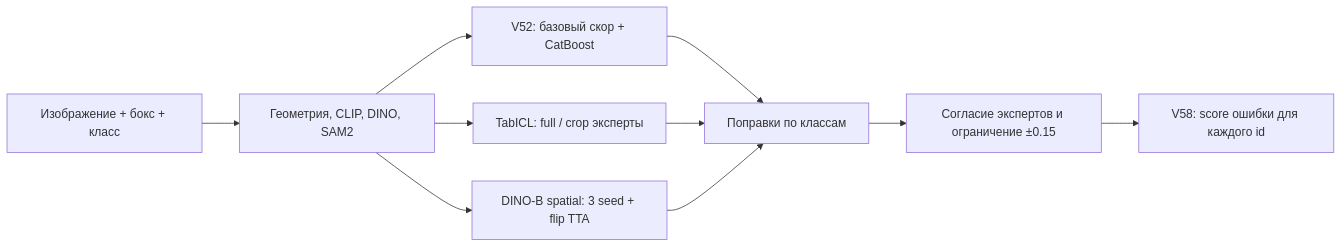
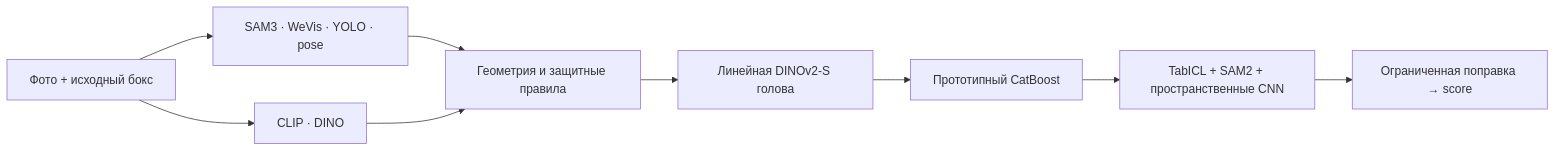
Before and after one commit to magaoutside/johny-makbobins-family: the diagram in README.md, drawn with Mermaid. The commit also changed other lines of this file and 775 other files, not shown here.

````diff
--- a/README.md
+++ b/README.md
@@ -34,12 +70,11 @@
 ```mermaid
 flowchart LR
-    Q["Изображение + бокс + класс"] --> F["Геометрия, CLIP, DINO, SAM2"]
-    F --> B["V52: базовый скор + CatBoost"]
-    F --> T["TabICL: full / crop эксперты"]
-    F --> D["DINO-B spatial: 3 seed + flip TTA"]
-    B --> C["Поправки по классам"]
-    T --> C
-    D --> C
-    C --> G["Согласие экспертов и ограничение ±0.15"]
-    G --> S["V58: score ошибки для каждого id"]
+    A[Фото + исходный бокс] --> B[SAM3 · WeVis · YOLO · pose]
+    A --> C[CLIP · DINO]
+    B --> D[Геометрия и защитные правила]
+    C --> D
+    D --> E[Линейная DINOv2-S голова]
+    E --> F[Прототипный CatBoost]
+    F --> G[TabICL + SAM2 + пространственные CNN]
+    G --> H[Ограниченная поправка → score]
 ```
````
